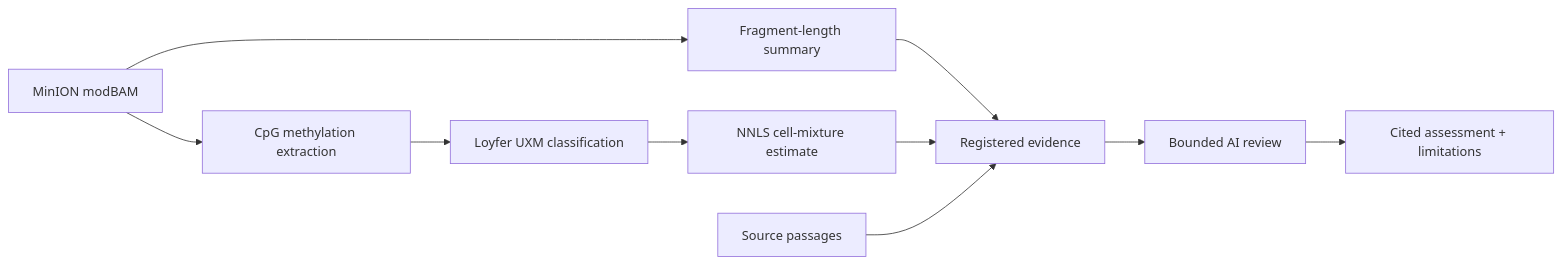
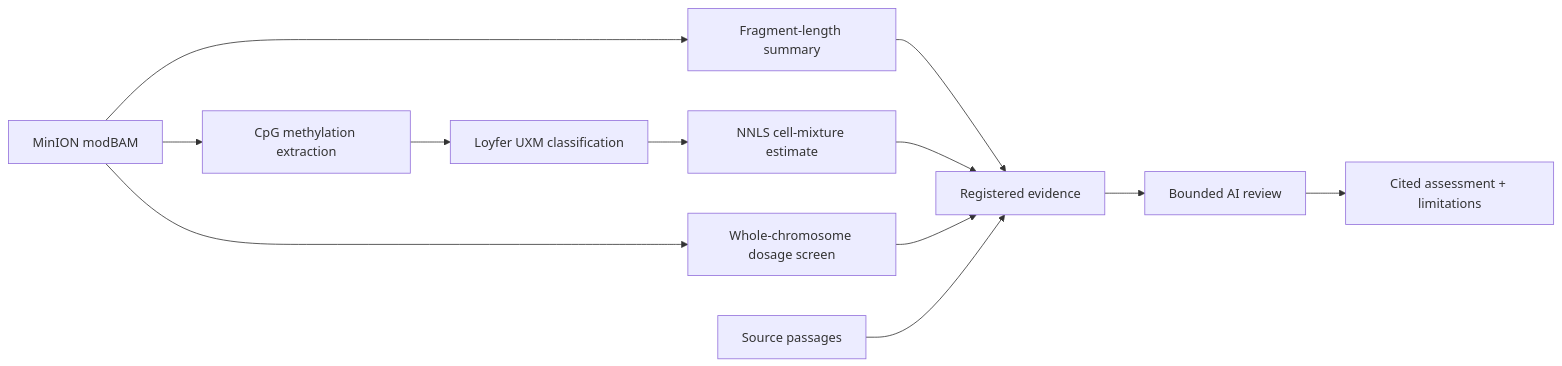
Before and after one commit to danwiggins/cfddemo: the diagram in README.md, drawn with Mermaid. The commit also changed other lines of this file and 9 other files, not shown here.

Commit message:
feat: add experimental chromosome dosage readout

````diff
--- a/README.md
+++ b/README.md
@@ -29,12 +32,14 @@
 ```mermaid
 flowchart LR
     A[MinION modBAM] --> B[Fragment-length summary]
     A --> C[CpG methylation extraction]
+    A --> J[Whole-chromosome dosage screen]
     C --> D[Loyfer UXM classification]
     D --> E[NNLS cell-mixture estimate]
     B --> F[Registered evidence]
     E --> F
+    J --> F
     G[Source passages] --> F
     F --> H[Bounded AI review]
     H --> I[Cited assessment + limitations]
 ```
````
